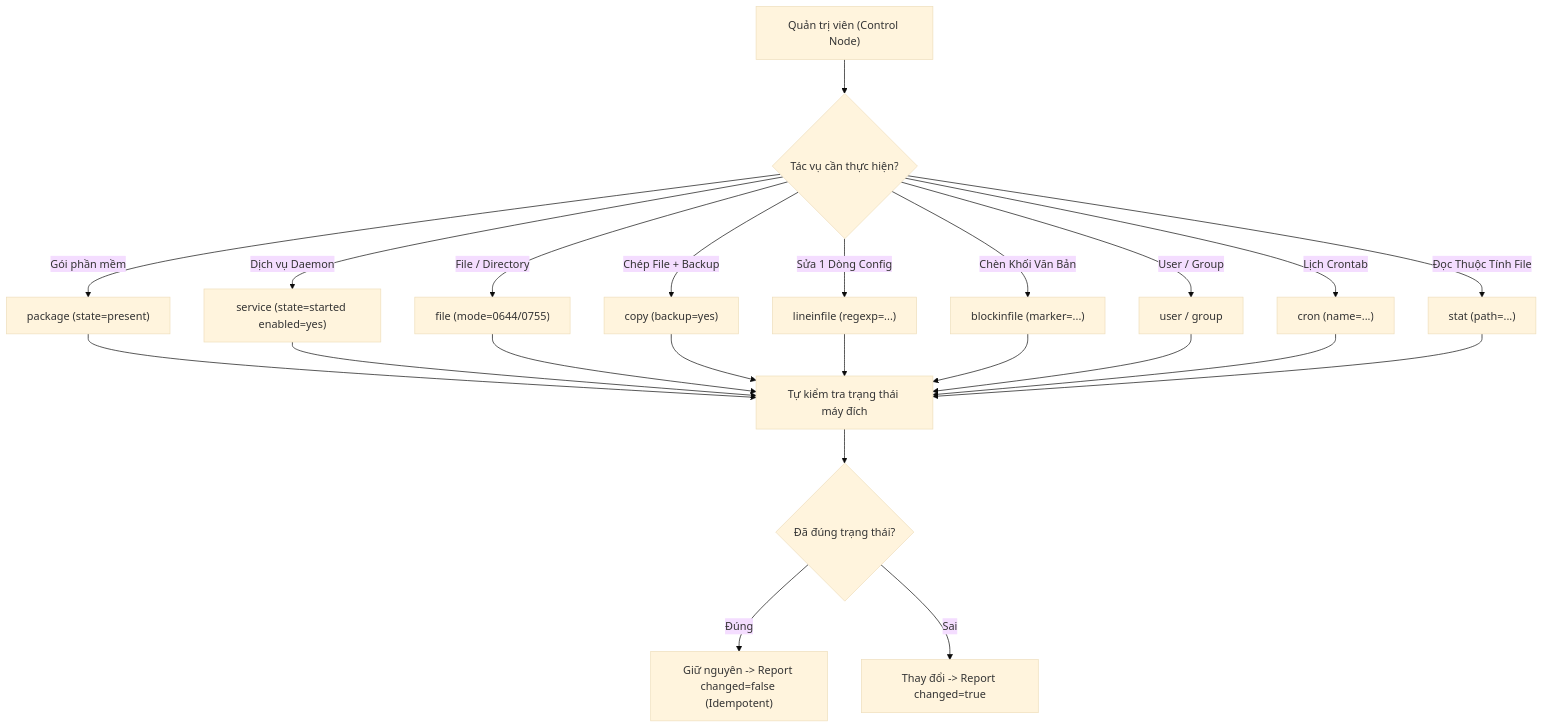
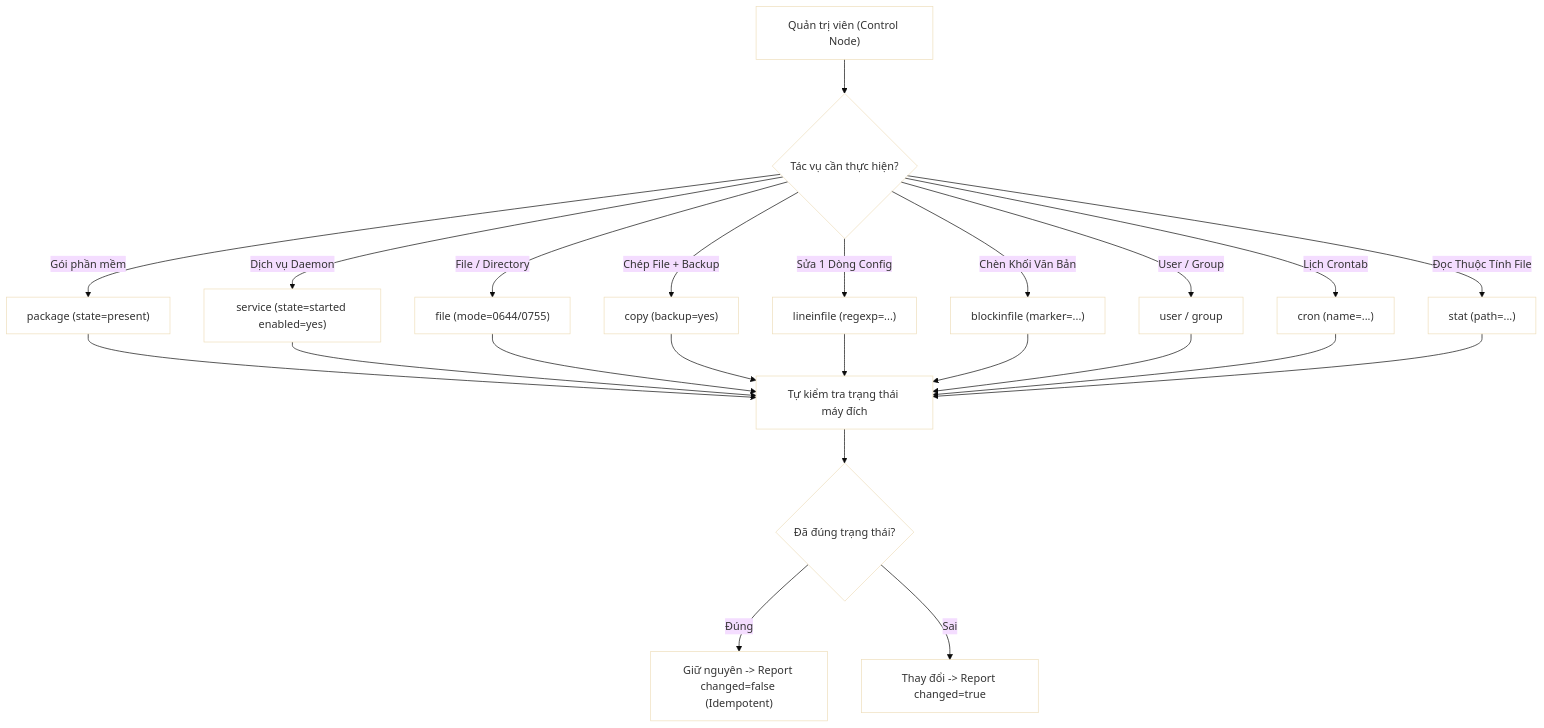
Before and after one commit to kiennt308/ntk: the second of 3 diagrams in _posts/2026-09-13-ansible-04-04-module-co-ban.md, drawn with Mermaid (base theme). The commit also changed other lines of this file and 30 other files, not shown here.

````diff
--- a/_posts/2026-09-13-ansible-04-04-module-co-ban.md
+++ b/_posts/2026-09-13-ansible-04-04-module-co-ban.md
@@ -267,18 +277,34 @@
 ```mermaid
 flowchart TD
     A["Quản trị viên (Control Node)"] --> B{"Tác vụ cần thực hiện?"}
     B -->|"Gói phần mềm"| C["package (state=present)"]
     B -->|"Dịch vụ Daemon"| D["service (state=started enabled=yes)"]
     B -->|"File / Directory"| E["file (mode=0644/0755)"]
     B -->|"Chép File + Backup"| F["copy (backup=yes)"]
     B -->|"Sửa 1 Dòng Config"| G["lineinfile (regexp=...)"]
     B -->|"Chèn Khối Văn Bản"| H["blockinfile (marker=...)"]
     B -->|"User / Group"| I["user / group"]
     B -->|"Lịch Crontab"| J["cron (name=...)"]
     B -->|"Đọc Thuộc Tính File"| K["stat (path=...)"]
     
     C & D & E & F & G & H & I & J & K --> L["Tự kiểm tra trạng thái máy đích"]
     L --> M{"Đã đúng trạng thái?"}
     M -- Đúng --> N["Giữ nguyên -> Report changed=false (Idempotent)"]
     M -- Sai --> O["Thay đổi -> Report changed=true"]
+
+    style A fill:none
+    style B fill:none
+    style C fill:none
+    style D fill:none
+    style E fill:none
+    style F fill:none
+    style G fill:none
+    style H fill:none
+    style I fill:none
+    style J fill:none
+    style K fill:none
+    style L fill:none
+    style M fill:none
+    style N fill:none
+    style O fill:none
 ```
````
